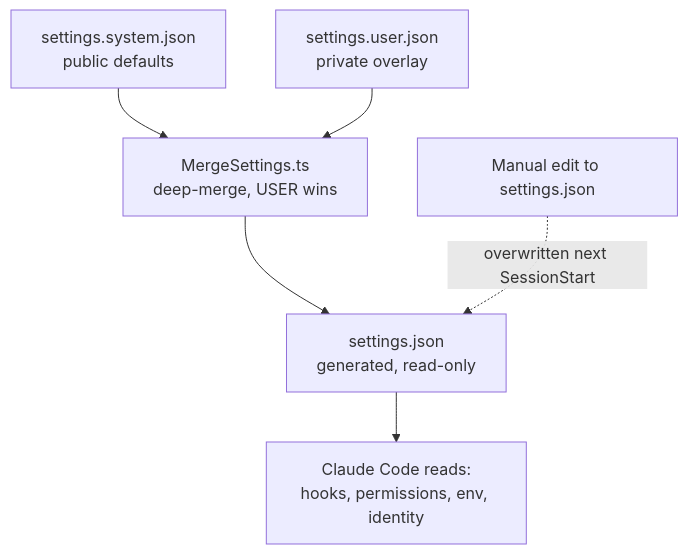
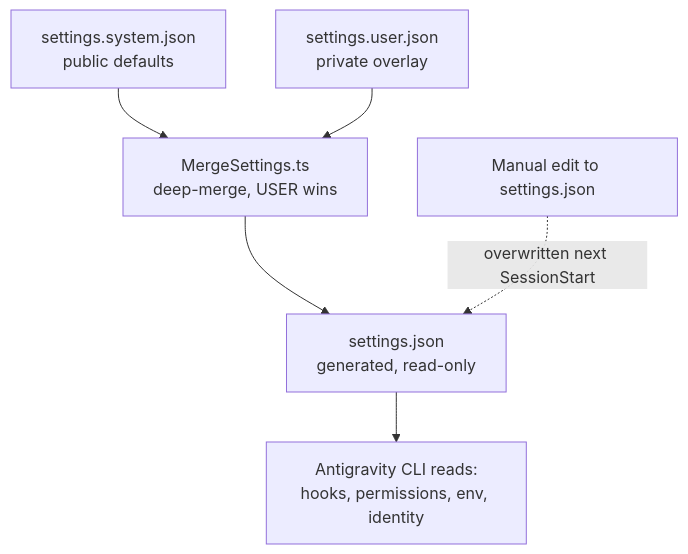
Before and after one commit to nino26/LifeOS-AGY: the diagram in skills/LifeOS/install/LIFEOS/DOCUMENTATION/Config/ConfigSystem.md, drawn with Mermaid. The commit also changed other lines of this file and 885 other files, not shown here.

Commit message:
fix(skills): normalize legacy Claude paths and tool references to Antigravity CLI

````diff
--- a/skills/LifeOS/install/LIFEOS/DOCUMENTATION/Config/ConfigSystem.md
+++ b/skills/LifeOS/install/LIFEOS/DOCUMENTATION/Config/ConfigSystem.md
@@ -140,8 +140,8 @@
 ```mermaid
 flowchart TD
     A[settings.system.json<br/>public defaults] --> C[MergeSettings.ts<br/>deep-merge, USER wins]
     B[settings.user.json<br/>private overlay] --> C
     C --> D[settings.json<br/>generated, read-only]
-    D --> E[Claude Code reads:<br/>hooks, permissions, env, identity]
+    D --> E[Antigravity CLI reads:<br/>hooks, permissions, env, identity]
     F[Manual edit to settings.json] -.->|overwritten next SessionStart| D
 ```
````
